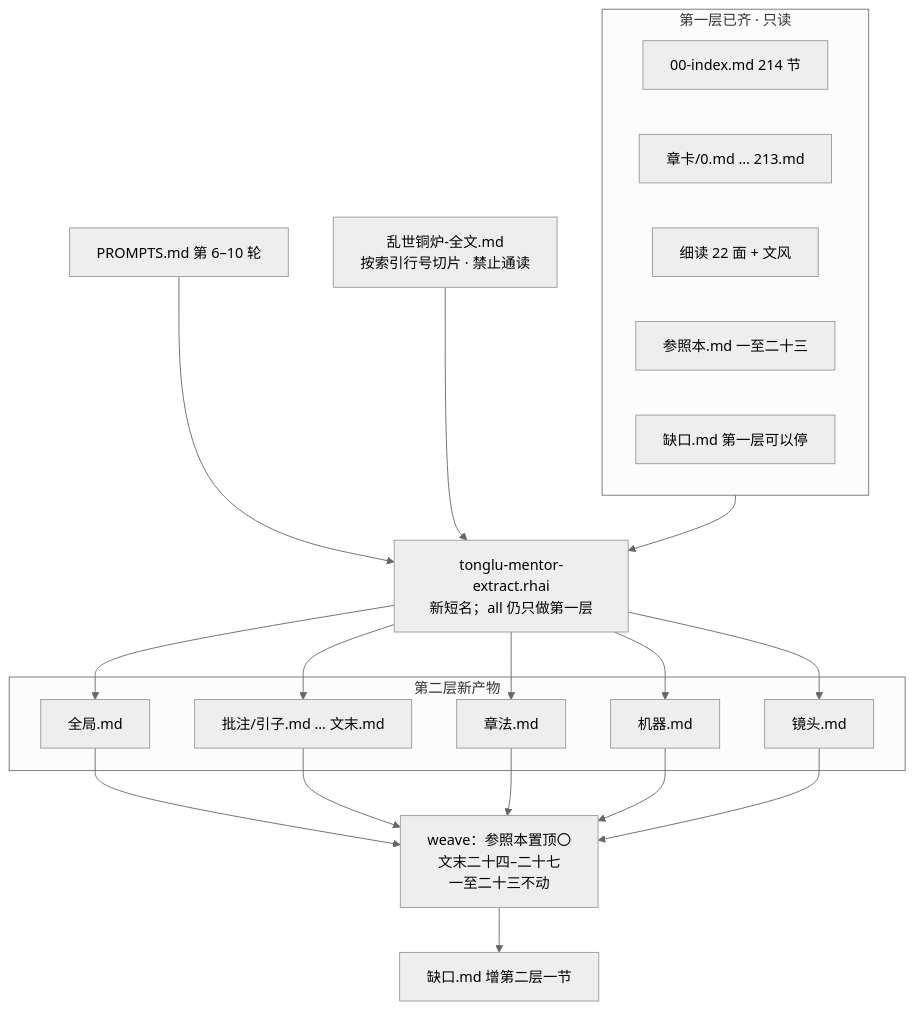
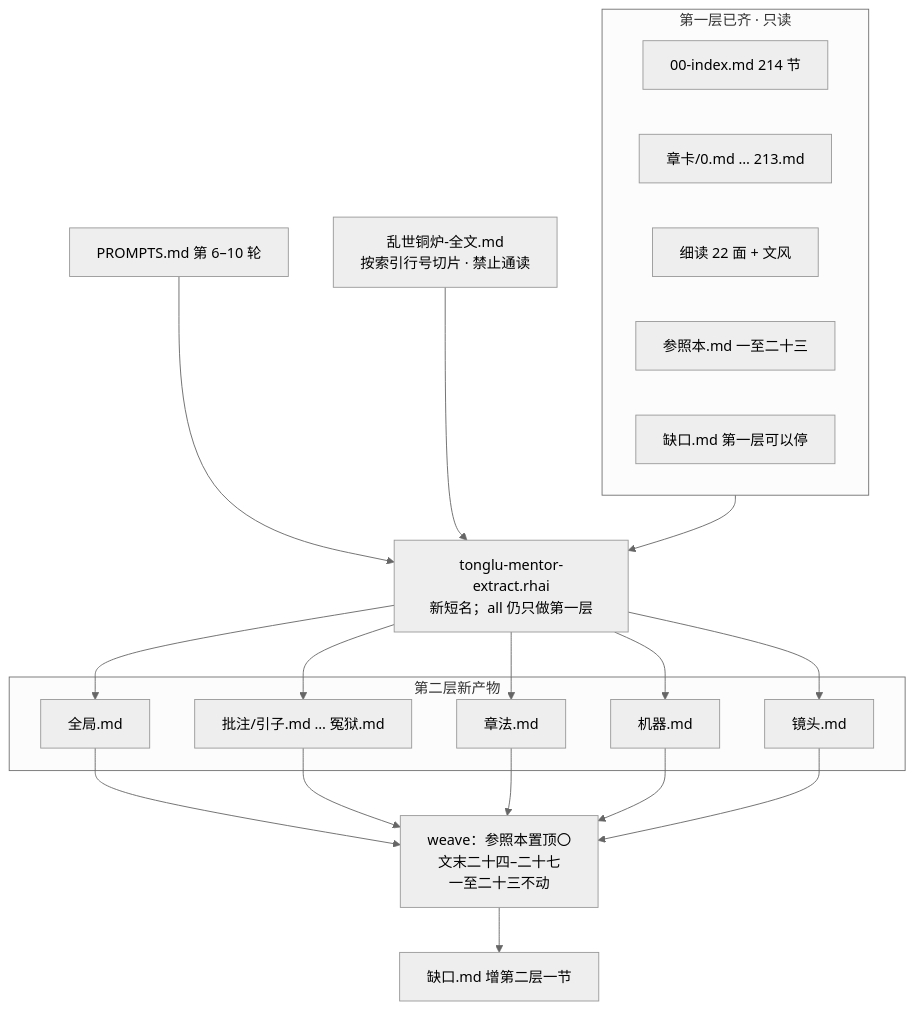
Before and after one commit to liuwenpinghaher-commits/scribe-writing-system: the first of 2 diagrams in docs/plans/2026-08-24-tonglu-mentor-craft-design.md, drawn with Mermaid (neutral theme). The commit also changed other lines of this file, not shown here.

````diff
--- a/docs/plans/2026-08-24-tonglu-mentor-craft-design.md
+++ b/docs/plans/2026-08-24-tonglu-mentor-craft-design.md
@@ -116,40 +116,40 @@
 ```mermaid
 flowchart TB
   subgraph L1["第一层已齐 · 只读"]
     Idx["00-index.md 214 节"]
     Cards["章卡/0.md … 213.md"]
     Fine["细读 22 面 + 文风"]
     Ref["参照本.md 一至二十三"]
     Gap1["缺口.md 第一层可以停"]
   end
 
   Src["乱世铜炉-全文.md<br/>按索引行号切片 · 禁止通读"]
   P["PROMPTS.md 第 6–10 轮"]
   WF["tonglu-mentor-extract.rhai<br/>新短名；all 仍只做第一层"]
 
   subgraph L2["第二层新产物"]
     G["全局.md"]
-    A["批注/引子.md … 文末.md"]
+    A["批注/引子.md … 冤狱.md"]
     Mth["章法.md"]
     Mach["机器.md"]
     Cam["镜头.md"]
   end
 
   Weave["weave：参照本置顶〇<br/>文末二十四–二十七<br/>一至二十三不动"]
   Gap2["缺口.md 增第二层一节"]
 
   L1 --> WF
   P --> WF
   Src --> WF
   WF --> G
   WF --> A
   WF --> Mth
   WF --> Mach
   WF --> Cam
   G --> Weave
   A --> Weave
   Mth --> Weave
   Mach --> Weave
   Cam --> Weave
   Weave --> Gap2
 ```
````
